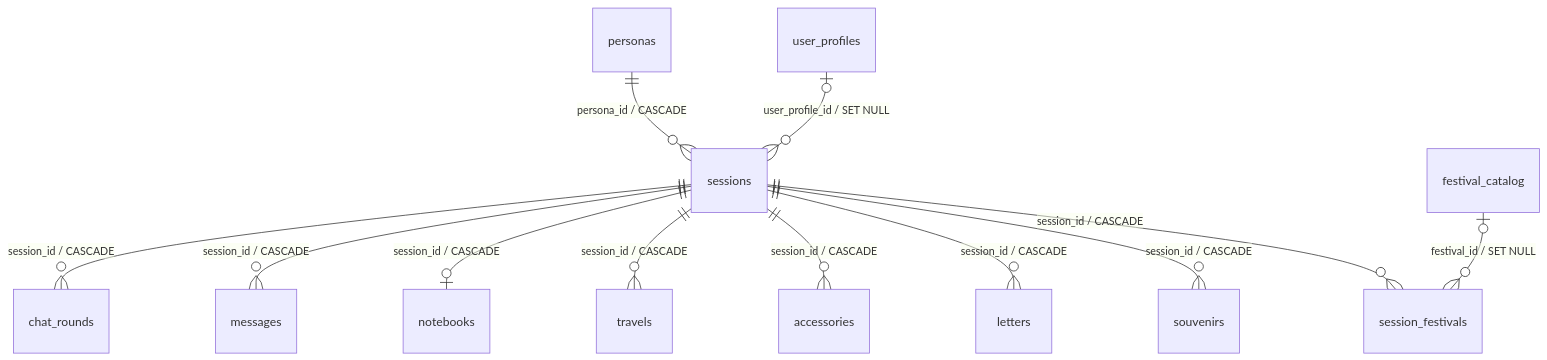
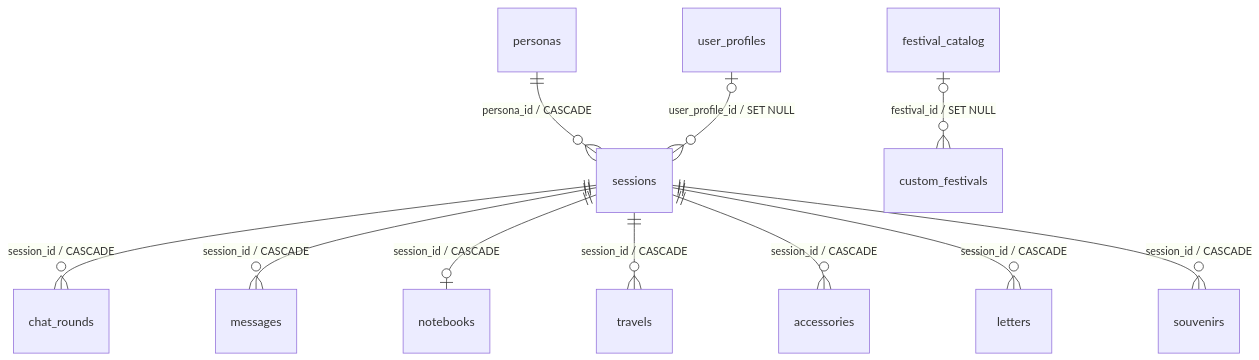
One commit to xianyvqiu/yanmew changed the first of 4 diagrams in docs/数据库与持久化设计.md. Above: the diagram before and after it, drawn with Mermaid. The commit also changed other lines of this file and 125 other files, not shown here.

````diff
--- a/docs/数据库与持久化设计.md
+++ b/docs/数据库与持久化设计.md
@@ -266,14 +266,14 @@
 ```mermaid
 erDiagram
     personas ||--o{ sessions : "persona_id / CASCADE"
     user_profiles o|--o{ sessions : "user_profile_id / SET NULL"
     sessions ||--o{ chat_rounds : "session_id / CASCADE"
     sessions ||--o{ messages : "session_id / CASCADE"
     sessions ||--o| notebooks : "session_id / CASCADE"
     sessions ||--o{ travels : "session_id / CASCADE"
     sessions ||--o{ accessories : "session_id / CASCADE"
     sessions ||--o{ letters : "session_id / CASCADE"
     sessions ||--o{ souvenirs : "session_id / CASCADE"
-    sessions ||--o{ session_festivals : "session_id / CASCADE"
-    festival_catalog o|--o{ session_festivals : "festival_id / SET NULL"
+
+    festival_catalog o|--o{ custom_festivals : "festival_id / SET NULL"
 ```
````
